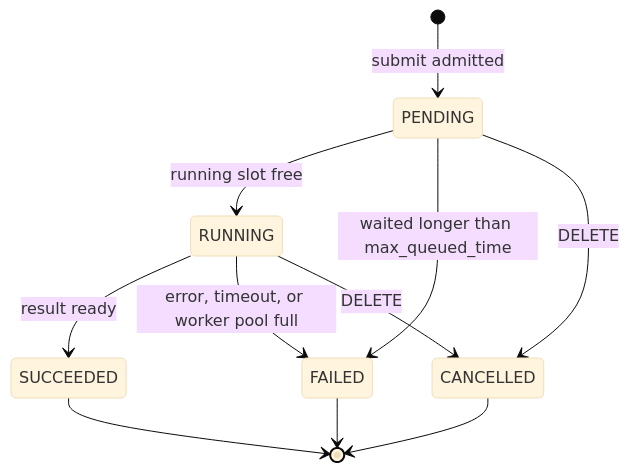
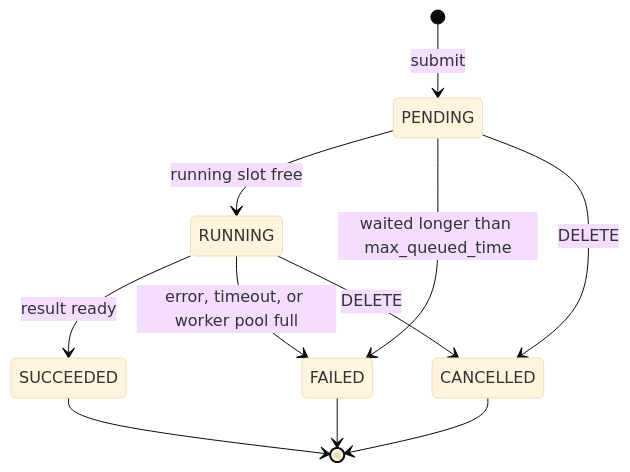
One commit to penghuo/os-sql changed the first of 2 diagrams in docs/dev/ppl-async-query-lifecycle.md. Above: the diagram before and after it, drawn with Mermaid (base theme). The commit also changed other lines of this file and 12 other files, not shown here.

````diff
--- a/docs/dev/ppl-async-query-lifecycle.md
+++ b/docs/dev/ppl-async-query-lifecycle.md
@@ -26,13 +25,13 @@
 ```mermaid
 stateDiagram-v2
-  [*] --> PENDING : submit admitted
+  [*] --> PENDING : submit
   PENDING --> RUNNING : running slot free
   PENDING --> FAILED : waited longer than max_queued_time
   PENDING --> CANCELLED : DELETE
   RUNNING --> SUCCEEDED : result ready
   RUNNING --> FAILED : error, timeout, or worker pool full
   RUNNING --> CANCELLED : DELETE
   SUCCEEDED --> [*]
   FAILED --> [*]
   CANCELLED --> [*]
 ```
````
